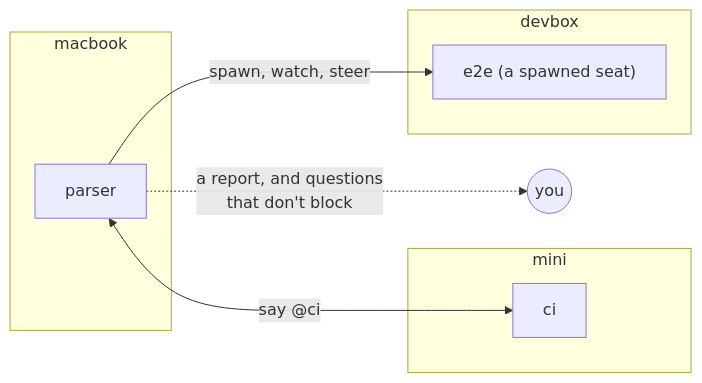
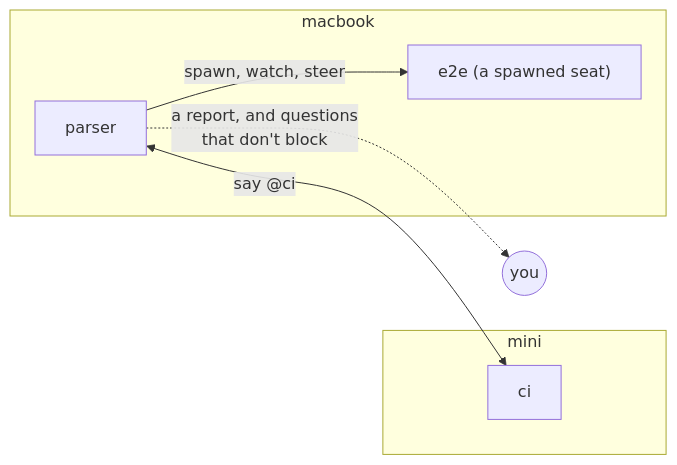
The second of 2 diagrams in README.md (SSFSKIM/doperpowers), drawn with Mermaid before and after one commit. The commit also changed other lines of this file and 2 other files, not shown here.

First line of the commit message:
README: pins, the sminos diagram and the Codex blurb say what is true

````diff
--- a/README.md
+++ b/README.md
@@ -60,16 +60,14 @@
 ```mermaid
 flowchart LR
     you((you))
     subgraph macbook
         parser["parser"]
+        e2e["e2e (a spawned seat)"]
     end
     subgraph mini
         ci["ci"]
-    end
-    subgraph devbox
-        e2e["e2e (a spawned seat)"]
     end
     parser <-- "say @ci" --> ci
     parser -- "spawn, watch, steer" --> e2e
     parser -. "a report, and questions<br/>that don't block" .-> you
 ```
````
